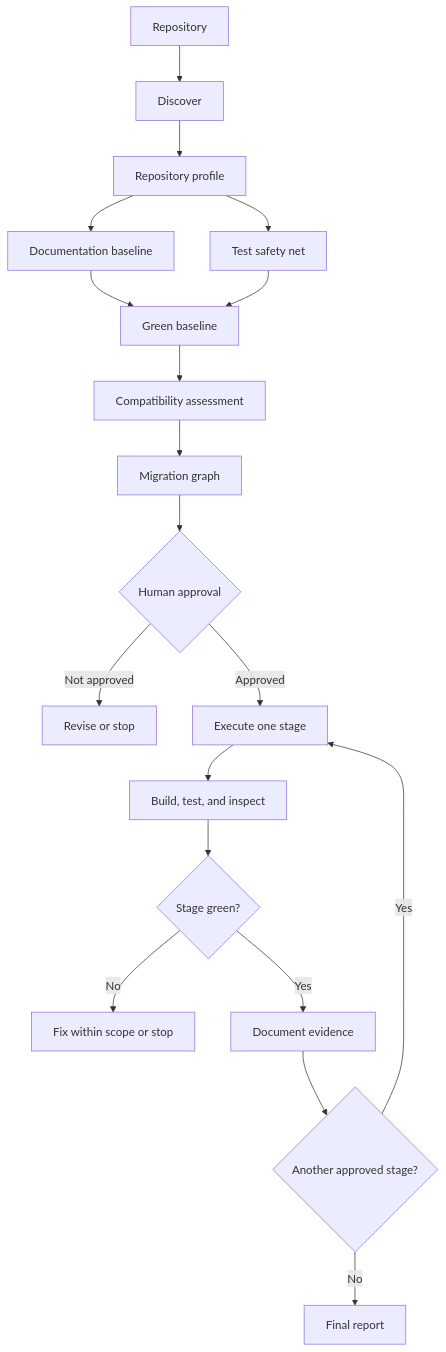
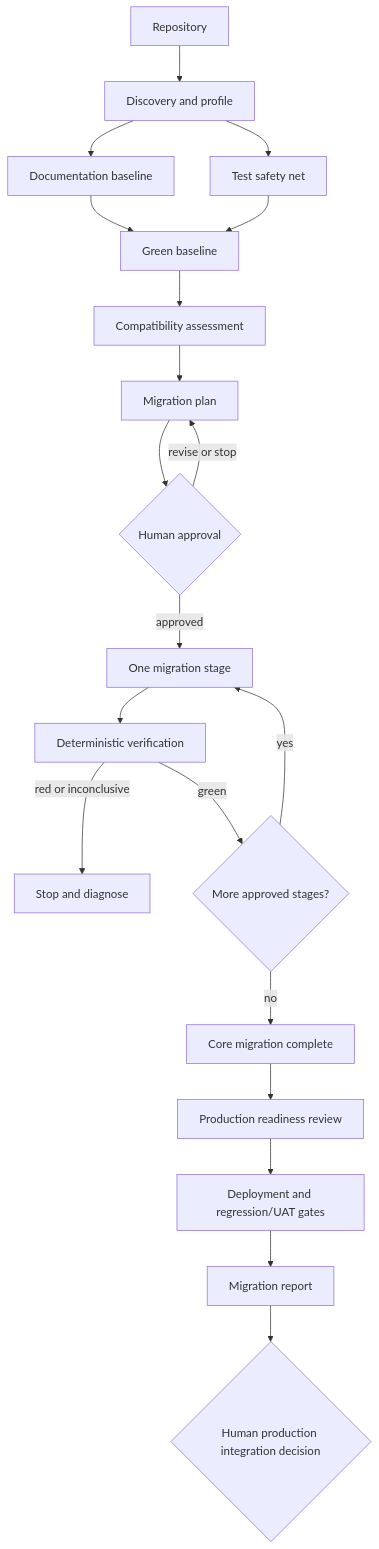
Before and after one commit to ozkanogus/agentic-java-modernization: the diagram in README.md, drawn with Mermaid. The commit also changed other lines of this file and 10 other files, not shown here.

````diff
--- a/README.md
+++ b/README.md
@@ -17,21 +26,22 @@
 ```mermaid
 flowchart TD
-    A[Repository] --> B[Discover]
-    B --> C[Repository profile]
-    C --> D[Documentation baseline]
-    C --> E[Test safety net]
-    D --> F[Green baseline]
-    E --> F
-    F --> G[Compatibility assessment]
-    G --> H[Migration graph]
-    H --> I{Human approval}
-    I -->|Not approved| J[Revise or stop]
-    I -->|Approved| K[Execute one stage]
-    K --> L[Build, test, and inspect]
-    L --> M{Stage green?}
-    M -->|No| N[Fix within scope or stop]
-    M -->|Yes| O[Document evidence]
-    O --> P{Another approved stage?}
-    P -->|Yes| K
-    P -->|No| Q[Final report]
+    A[Repository] --> B[Discovery and profile]
+    B --> C[Documentation baseline]
+    B --> D[Test safety net]
+    C --> E[Green baseline]
+    D --> E
+    E --> F[Compatibility assessment]
+    F --> G[Migration plan]
+    G --> H{Human approval}
+    H -->|revise or stop| G
+    H -->|approved| I[One migration stage]
+    I --> J[Deterministic verification]
+    J -->|red or inconclusive| K[Stop and diagnose]
+    J -->|green| L{More approved stages?}
+    L -->|yes| I
+    L -->|no| M[Core migration complete]
+    M --> N[Production readiness review]
+    N --> O[Deployment and regression/UAT gates]
+    O --> P[Migration report]
+    P --> Q{Human production integration decision}
 ```
````
